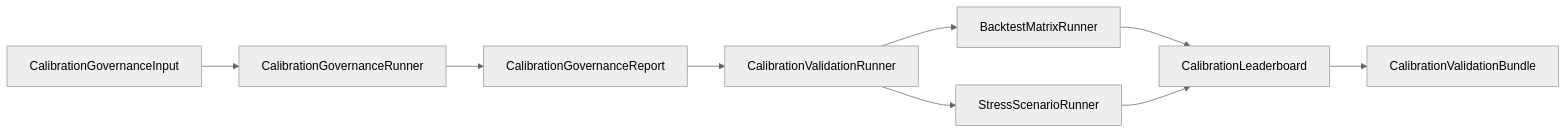
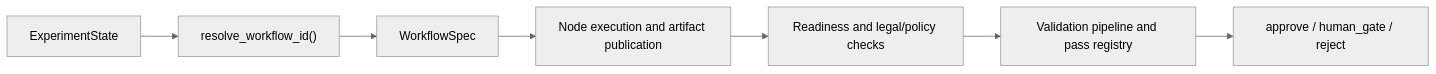
Before and after one commit to DenisKopylov/polisyos: the first of 2 diagrams in policy-engine/docs/explanation/governance-model.md, drawn with Mermaid (neutral theme). The commit also changed other lines of this file and 733 other files, not shown here.

````diff
--- a/policy-engine/docs/explanation/governance-model.md
+++ b/policy-engine/docs/explanation/governance-model.md
@@ -120,11 +13,9 @@
 ```mermaid
 flowchart LR
-  A["CalibrationGovernanceInput"] --> B["CalibrationGovernanceRunner"]
-  B --> C["CalibrationGovernanceReport"]
-  C --> D["CalibrationValidationRunner"]
-  D --> E["BacktestMatrixRunner"]
-  D --> F["StressScenarioRunner"]
-  E --> G["CalibrationLeaderboard"]
-  F --> G
-  G --> H["CalibrationValidationBundle"]
+    State["ExperimentState"] --> Select["resolve_workflow_id()"]
+    Select --> Spec["WorkflowSpec"]
+    Spec --> Nodes["Node execution and artifact publication"]
+    Nodes --> Readiness["Readiness and legal/policy checks"]
+    Readiness --> Governance["Validation pipeline and pass registry"]
+    Governance --> Verdict["approve / human_gate / reject"]
 ```
````
